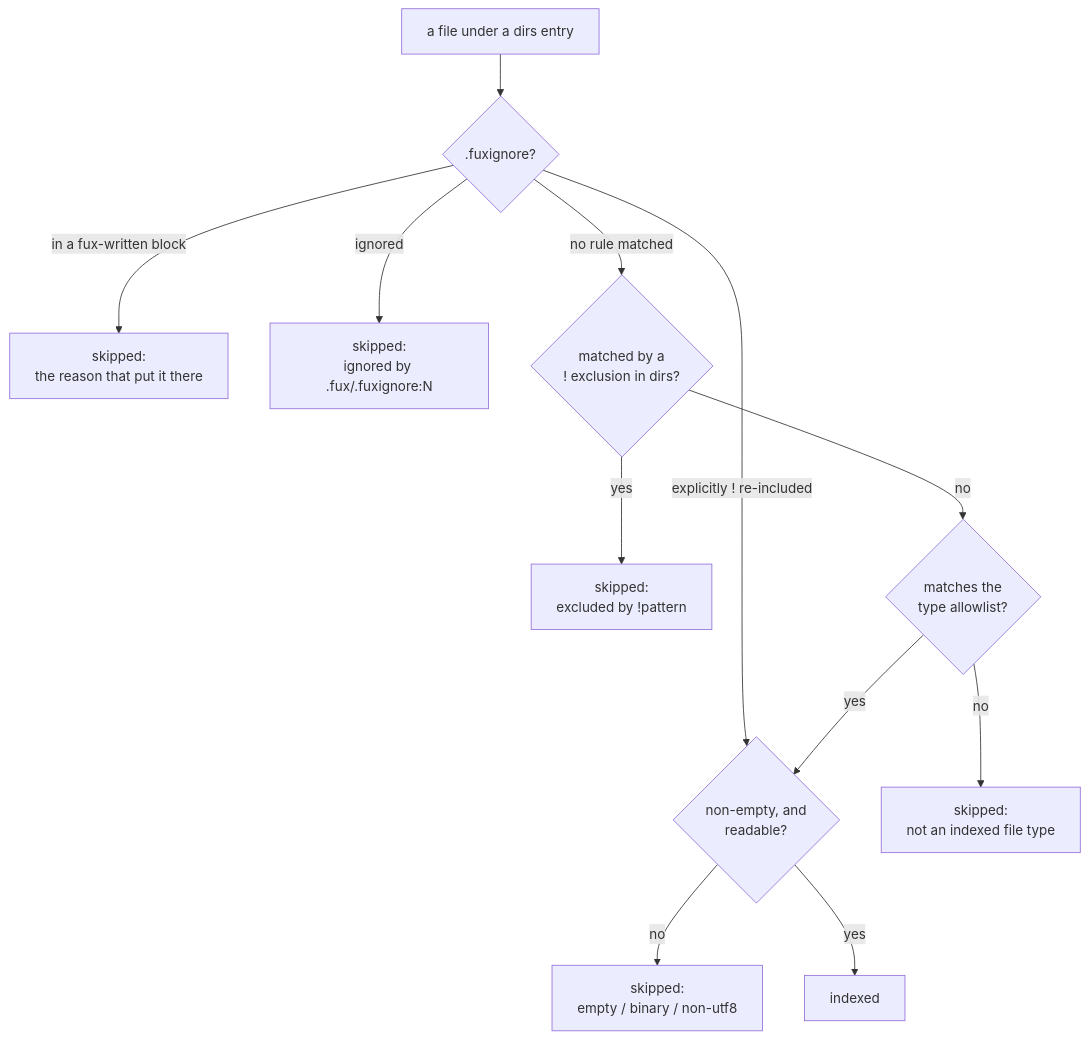
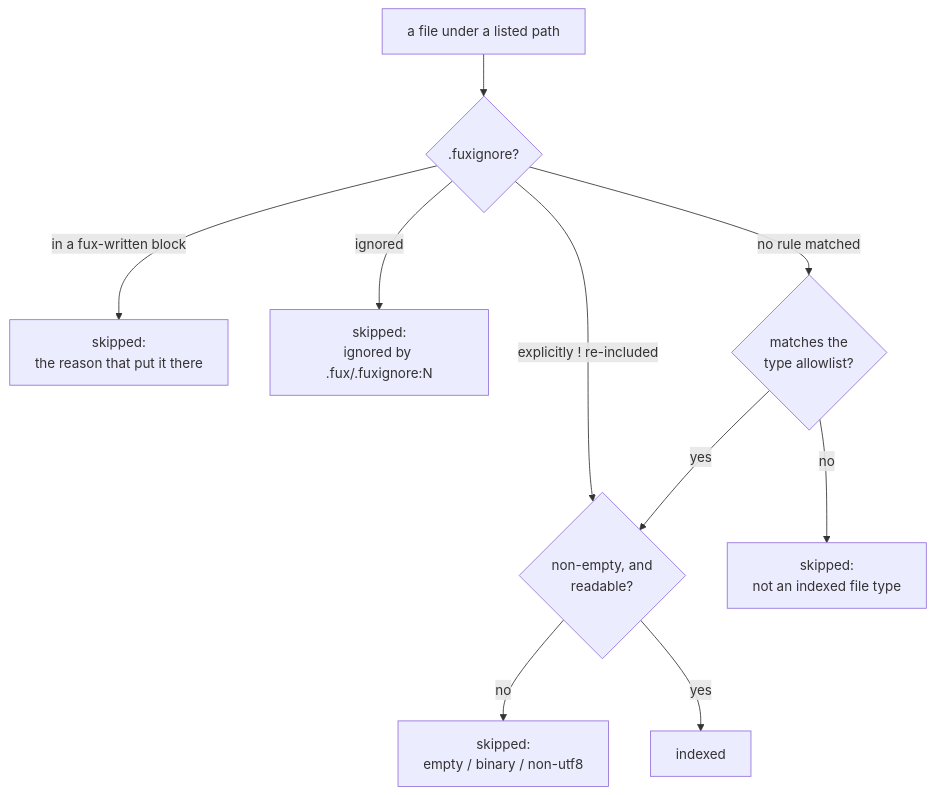
Before and after one commit to arpitarya/fux: the diagram in records/0144_fuxignore.md, drawn with Mermaid. The commit also changed other lines of this file and 249 other files, not shown here.

First line of the commit message:
feat(w294): one .fux/sources.yaml; .fuxignore the only exclusion

````diff
--- a/records/0144_fuxignore.md
+++ b/records/0144_fuxignore.md
@@ -58,14 +57,12 @@
 ```mermaid
 flowchart TD
-    F["a file under a dirs entry"] --> G{".fuxignore?"}
+    F["a file under a listed path"] --> G{".fuxignore?"}
     G -->|"in a fux-written block"| S4["skipped:<br/>the reason that put it there"]
     G -->|ignored| S0["skipped:<br/>ignored by .fux/.fuxignore:N"]
     G -->|"explicitly ! re-included"| D
-    G -->|"no rule matched"| E{"matched by a<br/>! exclusion in dirs?"}
-    E -->|yes| S1["skipped:<br/>excluded by !pattern"]
-    E -->|no| T{"matches the<br/>type allowlist?"}
+    G -->|"no rule matched"| T{"matches the<br/>type allowlist?"}
     T -->|no| S2["skipped:<br/>not an indexed file type"]
     T -->|yes| D{"non-empty, and<br/>readable?"}
     D -->|no| S3["skipped:<br/>empty / binary / non-utf8"]
     D -->|yes| I["indexed"]
 ```
````
